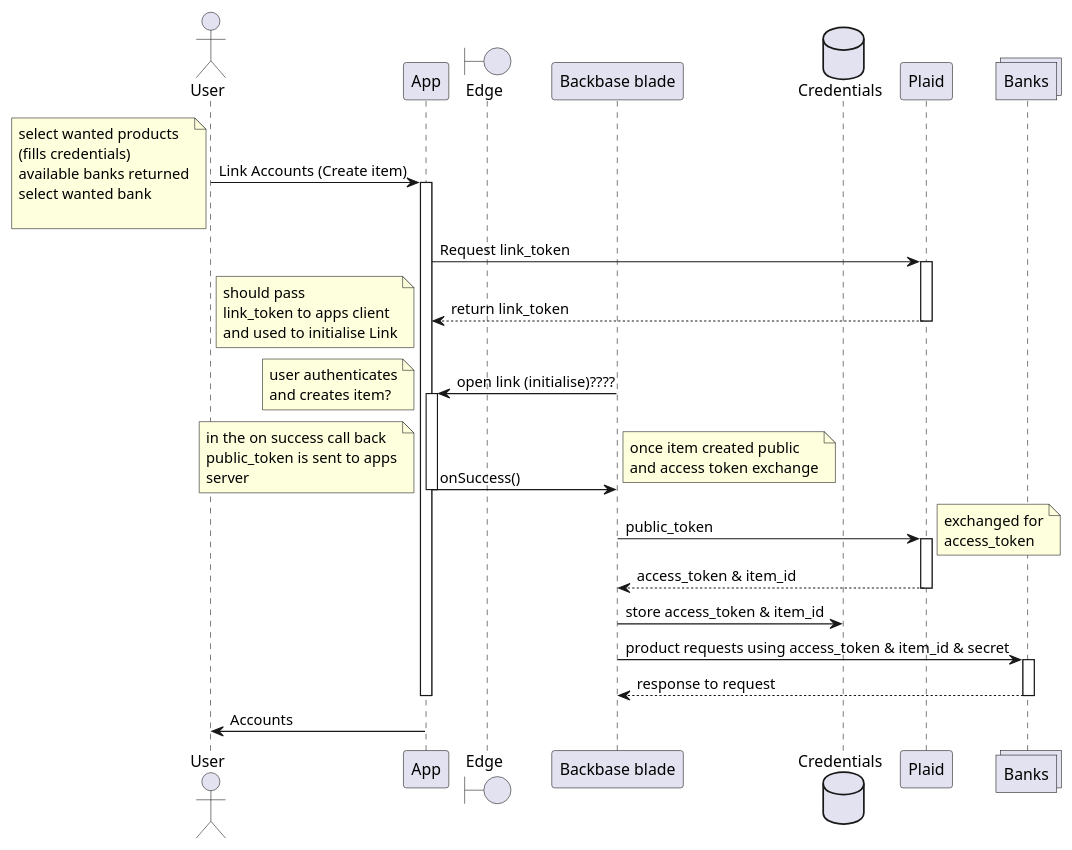
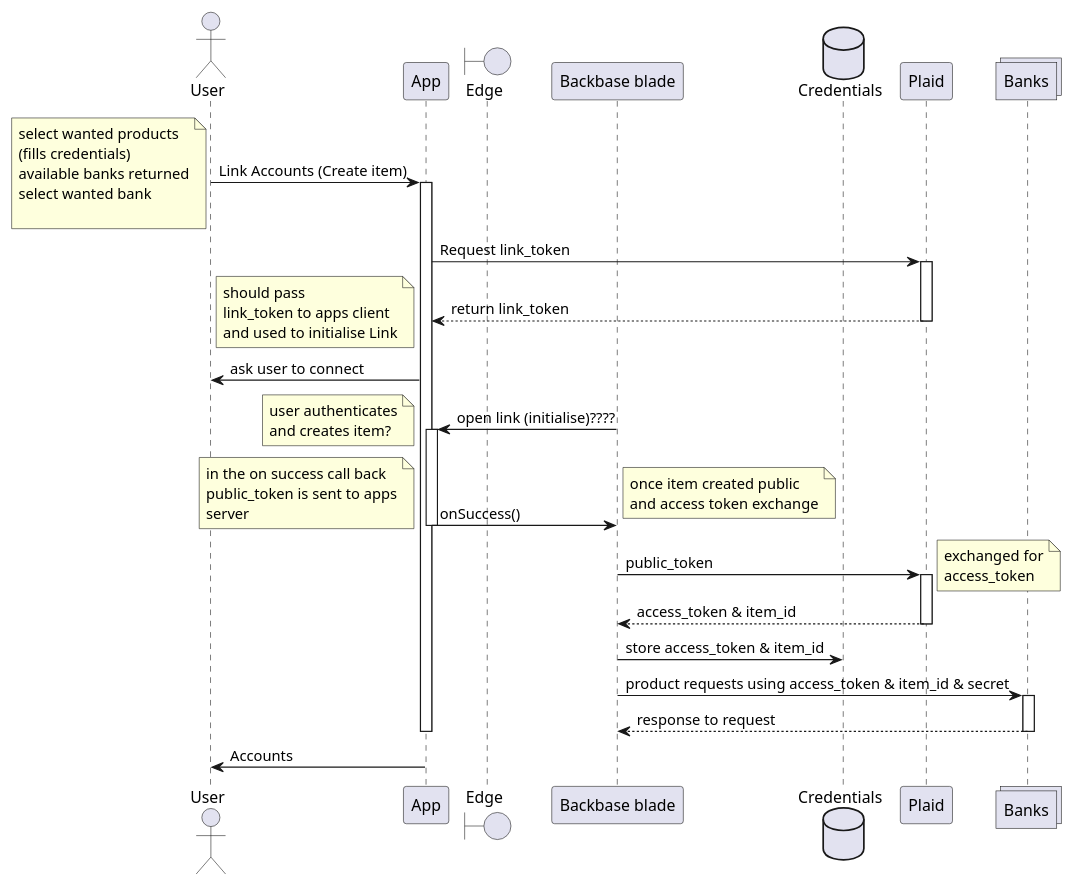
One commit to fnxpt/backbase-plaid changed the diagram in docs/plaid.puml. Above: the diagram before and after it, drawn with PlantUML.

Commit message:
start on urls

```diff
--- a/docs/plaid.puml
+++ b/docs/plaid.puml
@@ -1,74 +1,74 @@
 @startuml
 
 
 actor User as U
 participant App as A
 boundary Edge as E
 participant "Backbase blade" as BB
 database Credentials as C
 participant Plaid as P
 collections Banks
 
 
 U -> A: Link Accounts (Create item)
 note left
 select wanted products
 (fills credentials)
 available banks returned
 select wanted bank
 
 end note
 activate A
 
 A->P: Request link_token
 activate P
 P-->A:return link_token
 deactivate P
 
 note left
 should pass
 link_token to apps client
 and used to initialise Link
 end note
-
+A->U: ask user to connect
 BB->A:open link (initialise)????
 activate A
 
 note left
 user authenticates
 and creates item?
 end note
 
 A->BB:onSuccess()
 note right
 once item created public
 and access token exchange
 end note
 deactivate A
 
 note left
 in the on success call back
 public_token is sent to apps
 server
 end note
 
 BB->P: public_token
 activate P
 
 note right
 exchanged for
 access_token
 end note
 
 P-->BB: access_token & item_id
 deactivate P
 
 BB->C: store access_token & item_id
 BB->Banks:product requests using access_token & item_id & secret
 activate Banks
 Banks--> BB: response to request
 deactivate Banks
 deactivate A
 A -> U: Accounts
 
 @enduml
```
